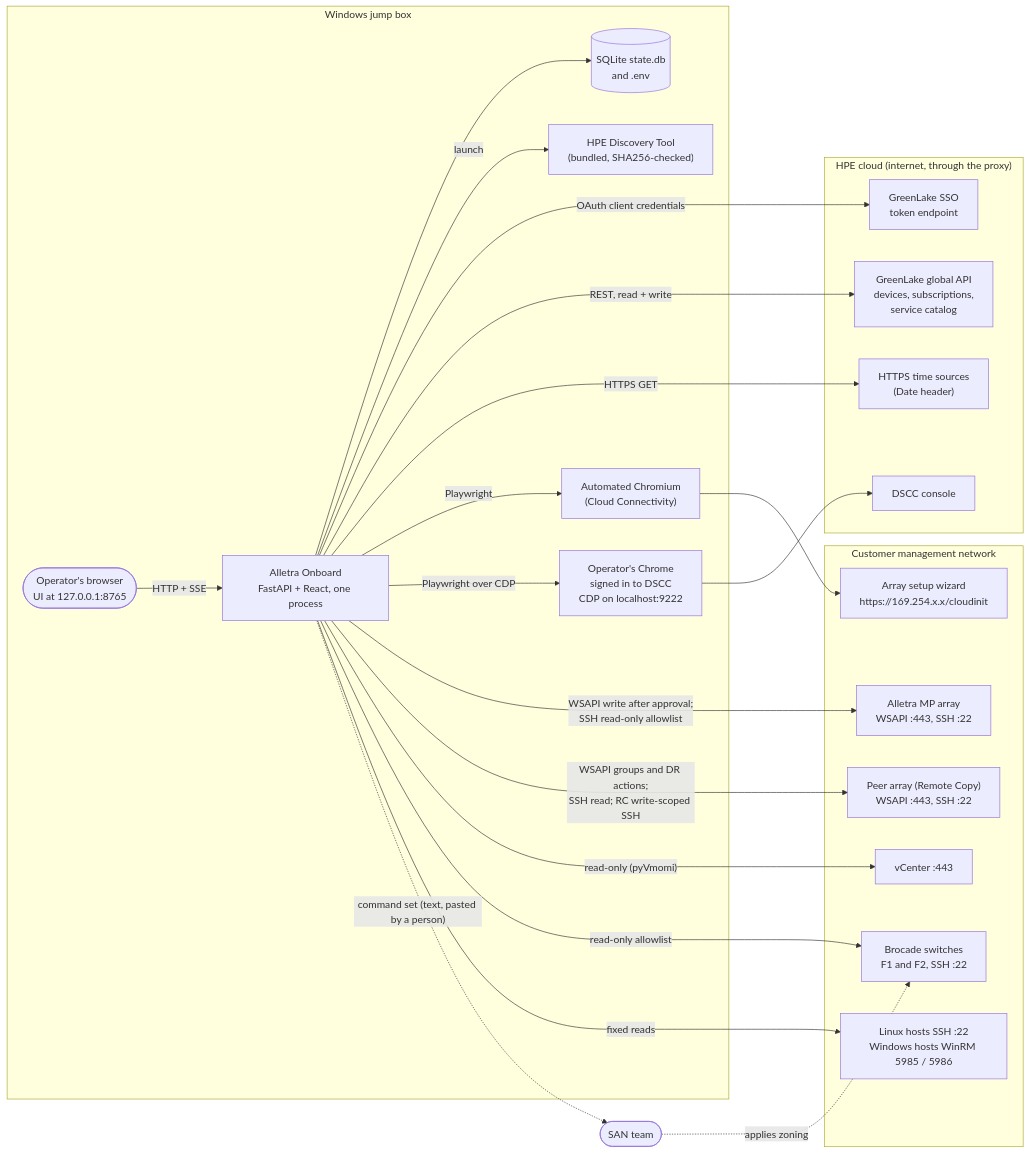
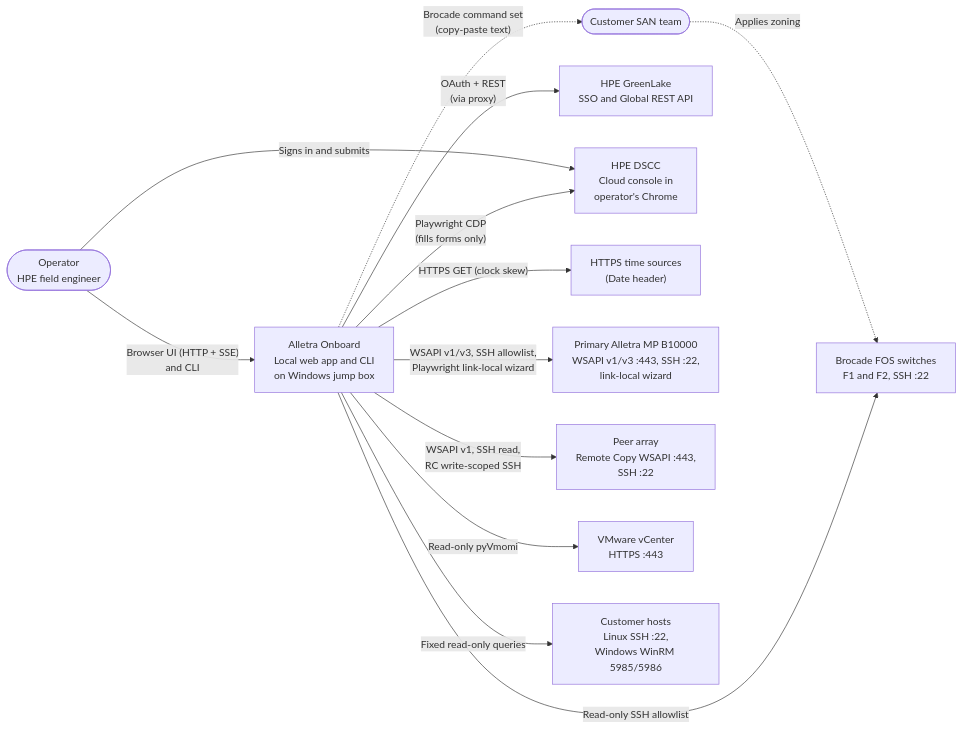
One commit to SaiHPE/Greenlake-Automation changed the first of 8 diagrams in Provisioning_Automation/alletra_onboard/docs/design/HLD.md. Above: the diagram before and after it, drawn with Mermaid. The commit also changed other lines of this file and 5 other files, not shown here.

````diff
--- a/Provisioning_Automation/alletra_onboard/docs/design/HLD.md
+++ b/Provisioning_Automation/alletra_onboard/docs/design/HLD.md
@@ -123,45 +69,29 @@
 ```mermaid
 flowchart LR
-    subgraph JB["Windows jump box"]
-        OP(["Operator's browser<br/>UI at 127.0.0.1:8765"])
-        APP["Alletra Onboard<br/>FastAPI + React, one process"]
-        DB[("SQLite state.db<br/>and .env")]
-        DT["HPE Discovery Tool<br/>(bundled, SHA256-checked)"]
-        WB["Automated Chromium<br/>(Cloud Connectivity)"]
-        CH["Operator's Chrome<br/>signed in to DSCC<br/>CDP on localhost:9222"]
-    end
+    OP(["Operator<br/>HPE field engineer"])
+    SAN(["Customer SAN team"])
 
-    subgraph CLOUD["HPE cloud (internet, through the proxy)"]
-        SSO["GreenLake SSO<br/>token endpoint"]
-        GLAPI["GreenLake global API<br/>devices, subscriptions,<br/>service catalog"]
-        DSCC["DSCC console"]
-        TIME["HTTPS time sources<br/>(Date header)"]
-    end
+    SYS["Alletra Onboard<br/>Local web app and CLI<br/>on Windows jump box"]
 
-    subgraph SITE["Customer management network"]
-        ARR["Alletra MP array<br/>WSAPI :443, SSH :22"]
-        WIZ["Array setup wizard<br/>https://169.254.x.x/cloudinit"]
-        PEER["Peer array (Remote Copy)<br/>WSAPI :443, SSH :22"]
-        VC["vCenter :443"]
-        SW["Brocade switches<br/>F1 and F2, SSH :22"]
-        HST["Linux hosts SSH :22<br/>Windows hosts WinRM 5985 / 5986"]
-    end
+    GL["HPE GreenLake<br/>SSO and Global REST API"]
+    DSCC["HPE DSCC<br/>Cloud console in<br/>operator's Chrome"]
+    TIME["HTTPS time sources<br/>(Date header)"]
+    ARR["Primary Alletra MP B10000<br/>WSAPI v1/v3 :443, SSH :22,<br/>link-local wizard"]
+    PEER["Peer array<br/>Remote Copy WSAPI :443,<br/>SSH :22"]
+    VC["VMware vCenter<br/>HTTPS :443"]
+    SW["Brocade FOS switches<br/>F1 and F2, SSH :22"]
+    HST["Customer hosts<br/>Linux SSH :22,<br/>Windows WinRM 5985/5986"]
 
-    SAN(["SAN team"])
-
-    OP -- "HTTP + SSE" --> APP
-    APP --> DB
-    APP -- "launch" --> DT
-    APP -- "OAuth client credentials" --> SSO
-    APP -- "REST, read + write" --> GLAPI
-    APP -- "HTTPS GET" --> TIME
-    APP -- "Playwright" --> WB --> WIZ
-    APP -- "Playwright over CDP" --> CH --> DSCC
-    APP -- "WSAPI write after approval;<br/>SSH read-only allowlist" --> ARR
-    APP -- "WSAPI groups and DR actions;<br/>SSH read; RC write-scoped SSH" --> PEER
-    APP -- "read-only (pyVmomi)" --> VC
-    APP -- "read-only allowlist" --> SW
-    APP -- "fixed reads" --> HST
-    APP -. "command set (text, pasted by a person)" .-> SAN
-    SAN -. "applies zoning" .-> SW
+    OP -- "Browser UI (HTTP + SSE)<br/>and CLI" --> SYS
+    SYS -- "OAuth + REST<br/>(via proxy)" --> GL
+    SYS -- "Playwright CDP<br/>(fills forms only)" --> DSCC
+    OP -- "Signs in and submits" --> DSCC
+    SYS -- "HTTPS GET (clock skew)" --> TIME
+    SYS -- "WSAPI v1/v3, SSH allowlist,<br/>Playwright link-local wizard" --> ARR
+    SYS -- "WSAPI v1, SSH read,<br/>RC write-scoped SSH" --> PEER
+    SYS -- "Read-only pyVmomi" --> VC
+    SYS -- "Read-only SSH allowlist" --> SW
+    SYS -- "Fixed read-only queries" --> HST
+    SYS -. "Brocade command set<br/>(copy-paste text)" .-> SAN
+    SAN -. "Applies zoning" .-> SW
 ```
````
